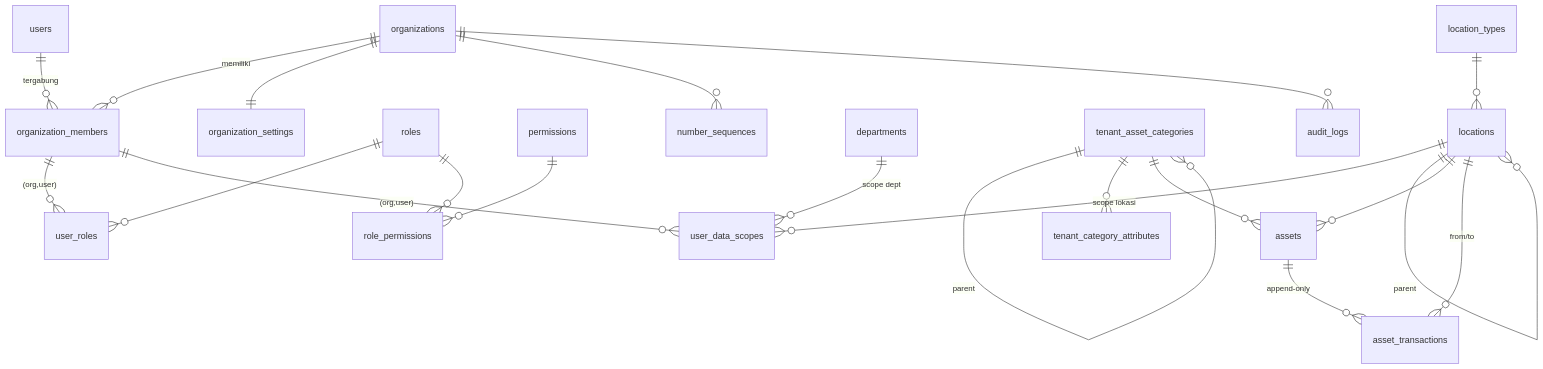
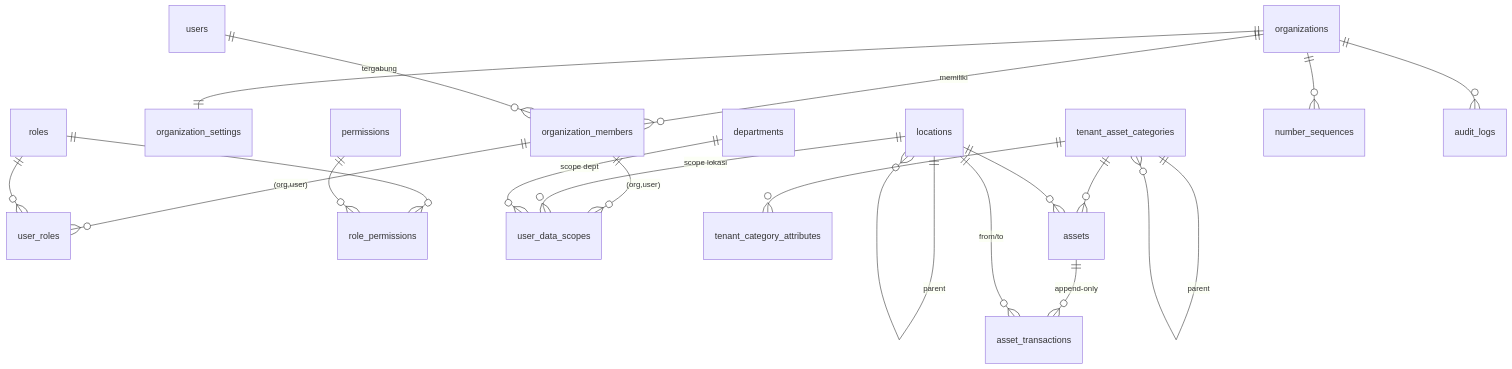
One commit to Zafiza1/Asset_Tracker changed the diagram in docs/asset-tracker-audit.md. Above: the diagram before and after it, drawn with Mermaid. The commit also changed other lines of this file and 37 other files, not shown here.

````diff
--- a/docs/asset-tracker-audit.md
+++ b/docs/asset-tracker-audit.md
@@ -201,23 +200,22 @@
 ```mermaid
 erDiagram
     organizations ||--o{ organization_members : "memiliki"
     users ||--o{ organization_members : "tergabung"
     organizations ||--|| organization_settings : ""
     organization_members ||--o{ user_roles : "(org,user)"
     roles ||--o{ user_roles : ""
     roles ||--o{ role_permissions : ""
     permissions ||--o{ role_permissions : ""
     organization_members ||--o{ user_data_scopes : "(org,user)"
     locations ||--o{ user_data_scopes : "scope lokasi"
     departments ||--o{ user_data_scopes : "scope dept"
     locations ||--o{ locations : "parent"
-    location_types ||--o{ locations : ""
     tenant_asset_categories ||--o{ tenant_asset_categories : "parent"
     tenant_asset_categories ||--o{ tenant_category_attributes : ""
     tenant_asset_categories ||--o{ assets : ""
     locations ||--o{ assets : ""
     assets ||--o{ asset_transactions : "append-only"
     locations ||--o{ asset_transactions : "from/to"
     organizations ||--o{ number_sequences : ""
     organizations ||--o{ audit_logs : ""
 ```
````
